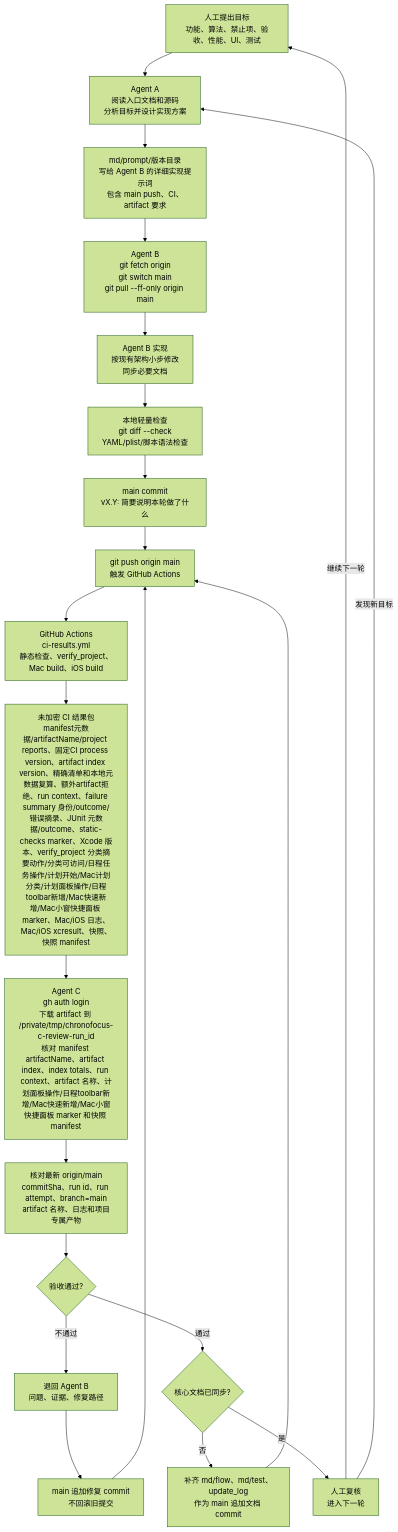
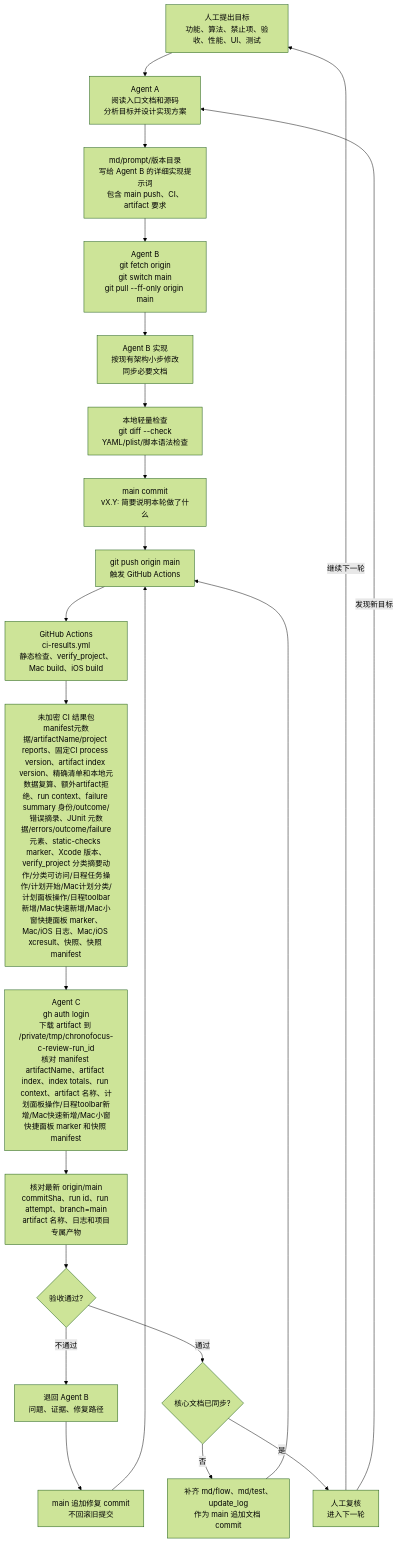
The fifth of 6 diagrams in md/flow/flowchart.md (Altman-sam114/114), drawn with Mermaid (forest theme) before and after one commit. The commit also changed other lines of this file and 8 other files, not shown here.

````diff
--- a/md/flow/flowchart.md
+++ b/md/flow/flowchart.md
@@ -102,24 +102,24 @@
 ```mermaid
 flowchart TD
   H["人工提出目标<br/>功能、算法、禁止项、验收、性能、UI、测试"] --> A["Agent A<br/>阅读入口文档和源码<br/>分析目标并设计实现方案"]
   A --> P["md/prompt/版本目录<br/>写给 Agent B 的详细实现提示词<br/>包含 main push、CI、artifact 要求"]
   P --> B0["Agent B<br/>git fetch origin<br/>git switch main<br/>git pull --ff-only origin main"]
   B0 --> B1["Agent B 实现<br/>按现有架构小步修改<br/>同步必要文档"]
   B1 --> L["本地轻量检查<br/>git diff --check<br/>YAML/plist/脚本语法检查"]
   L --> G["main commit<br/>vX.Y: 简要说明本轮做了什么"]
   G --> PUSH["git push origin main<br/>触发 GitHub Actions"]
   PUSH --> CI["GitHub Actions<br/>ci-results.yml<br/>静态检查、verify_project、Mac build、iOS build"]
-  CI --> ART["未加密 CI 结果包<br/>manifest元数据/artifactName/project reports、固定CI process version、artifact index version、精确清单和本地元数据复算、额外artifact拒绝、run context、failure summary 身份/outcome/错误摘录、JUnit 元数据/outcome、static-checks marker、Xcode 版本、verify_project 分类摘要动作/分类可访问/日程任务操作/计划开始/Mac计划分类/计划面板操作/日程toolbar新增/Mac快速新增/Mac小窗快捷面板 marker、Mac/iOS 日志、Mac/iOS xcresult、快照、快照 manifest"]
+  CI --> ART["未加密 CI 结果包<br/>manifest元数据/artifactName/project reports、固定CI process version、artifact index version、精确清单和本地元数据复算、额外artifact拒绝、run context、failure summary 身份/outcome/错误摘录、JUnit 元数据/errors/outcome/failure元素、static-checks marker、Xcode 版本、verify_project 分类摘要动作/分类可访问/日程任务操作/计划开始/Mac计划分类/计划面板操作/日程toolbar新增/Mac快速新增/Mac小窗快捷面板 marker、Mac/iOS 日志、Mac/iOS xcresult、快照、快照 manifest"]
   ART --> C["Agent C<br/>gh auth login<br/>下载 artifact 到 /private/tmp/chronofocus-c-review-run_id<br/>核对 manifest artifactName、artifact index、index totals、run context、artifact 名称、计划面板操作/日程toolbar新增/Mac快速新增/Mac小窗快捷面板 marker 和快照 manifest"]
   C --> V["核对最新 origin/main<br/>commitSha、run id、run attempt、branch=main<br/>artifact 名称、日志和项目专属产物"]
   V --> PASS{"验收通过?"}
   PASS -->|不通过| BACK["退回 Agent B<br/>问题、证据、修复路径"]
   BACK --> FIX["main 追加修复 commit<br/>不回滚旧提交"]
   FIX --> PUSH
   PASS -->|通过| DOC{"核心文档已同步?"}
   DOC -->|否| D["补齐 md/flow、md/test、update_log<br/>作为 main 追加文档 commit"]
   D --> PUSH
   DOC -->|是| J["人工复核<br/>进入下一轮"]
   J -->|继续下一轮| H
   J -->|发现新目标| A
 ```
````
